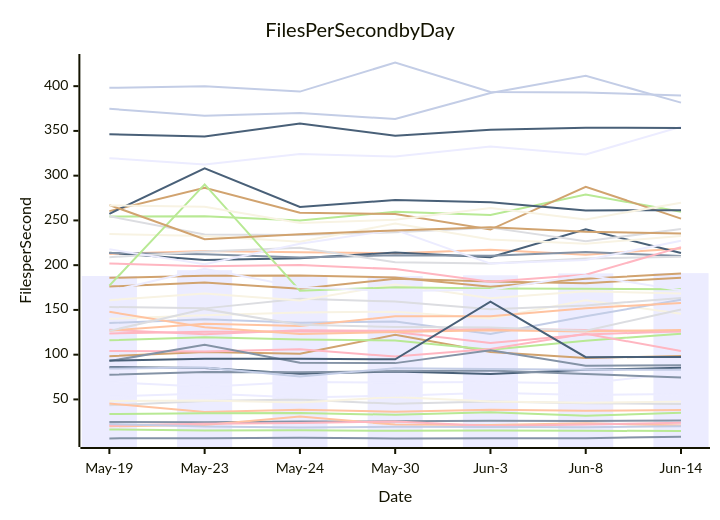
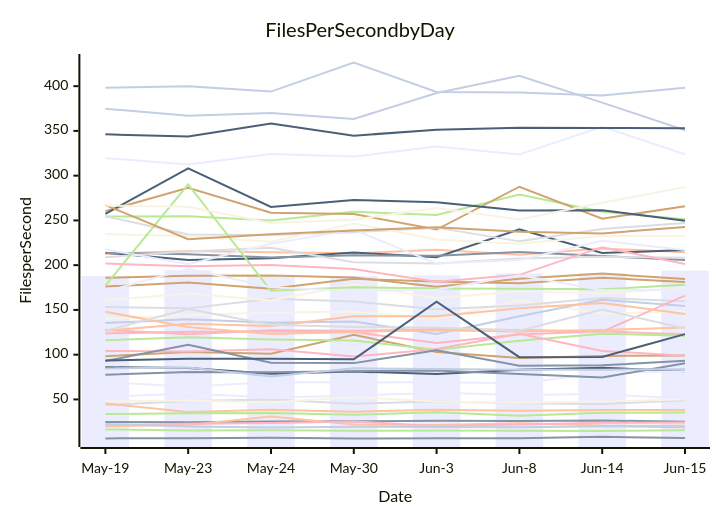
Before and after one commit to streetsidesoftware/cspell: the diagram in perf-report.md, drawn with Mermaid. The commit also changed other lines of this file and 2 other files, not shown here.

````diff
--- a/perf-report.md
+++ b/perf-report.md
@@ -11,57 +11,57 @@
 ```mermaid
 xychart-beta
     title Files Per Second by Day
     y-axis Files per Second
-    x-axis Date [May-19, May-23, May-24, May-30, Jun-3, Jun-8, Jun-14]
-    bar [187.94, 194.38, 187.53, 187.84, 188.70, 190.81, 191.12]
-    line [24.84, 24.48, 25.27, 25.51, 26.21, 25.84, 26.48]
-    line [20.00, 21.53, 30.85, 21.86, 21.33, 23.44, 20.77]
-    line [43.44, 48.37, 49.79, 45.03, 47.69, 45.74, 44.93]
-    line [16.48, 15.39, 15.58, 14.86, 15.18, 15.02, 14.65]
-    line [98.35, 102.96, 100.96, 122.12, 102.88, 96.25, 98.55]
-    line [374.77, 366.83, 370.08, 363.31, 392.45, 411.63, 381.64]
-    line [123.77, 125.73, 125.94, 125.35, 112.95, 122.50, 126.17]
-    line [85.95, 85.08, 78.77, 81.14, 78.40, 83.02, 85.34]
-    line [140.07, 144.01, 147.15, 148.03, 140.54, 160.74, 145.81]
-    line [69.47, 64.25, 69.53, 68.78, 69.37, 67.74, 79.92]
-    line [77.54, 80.59, 80.29, 81.53, 82.29, 78.36, 74.53]
-    line [212.55, 215.84, 214.38, 213.29, 217.13, 211.77, 218.65]
-    line [153.28, 151.73, 162.52, 159.30, 150.77, 155.04, 163.34]
-    line [254.35, 254.61, 250.00, 259.58, 256.09, 278.90, 259.60]
-    line [260.36, 286.42, 258.60, 257.18, 239.81, 287.65, 251.95]
-    line [135.42, 139.50, 135.65, 137.15, 123.09, 142.96, 161.35]
-    line [21.05, 22.73, 23.64, 25.47, 20.39, 21.85, 23.82]
-    line [213.89, 205.67, 207.63, 214.21, 208.82, 240.01, 213.64]
-    line [160.94, 168.26, 160.60, 178.51, 162.97, 170.78, 168.46]
-    line [319.57, 312.48, 324.31, 321.30, 332.58, 323.78, 354.69]
-    line [213.72, 212.23, 208.69, 211.05, 210.52, 214.78, 210.20]
-    line [45.35, 36.07, 38.42, 36.32, 38.54, 37.33, 38.26]
-    line [254.57, 234.26, 233.79, 236.78, 241.94, 226.60, 240.44]
-    line [33.61, 34.69, 34.94, 32.78, 35.79, 31.73, 34.98]
-    line [185.86, 188.16, 188.58, 186.13, 176.02, 184.92, 190.66]
-    line [22.53, 19.87, 18.72, 19.42, 19.15, 19.01, 19.91]
-    line [127.71, 122.71, 127.15, 126.61, 128.67, 127.50, 125.76]
-    line [257.39, 308.24, 265.00, 272.73, 270.27, 261.13, 261.42]
-    line [48.29, 48.86, 46.46, 52.80, 47.62, 46.28, 47.54]
-    line [53.17, 56.48, 52.20, 54.24, 57.32, 54.91, 55.98]
-    line [6.48, 6.70, 7.10, 6.34, 6.74, 6.70, 8.24]
-    line [147.92, 130.77, 123.22, 125.33, 127.25, 125.89, 127.61]
-    line [208.87, 215.23, 219.43, 203.27, 201.99, 207.37, 209.33]
-    line [116.06, 119.43, 116.84, 115.92, 105.51, 115.54, 123.50]
-    line [176.15, 180.59, 173.73, 184.72, 181.71, 179.92, 185.95]
-    line [84.52, 85.73, 75.59, 84.88, 83.99, 83.05, 83.17]
-    line [104.19, 103.43, 105.92, 97.87, 106.45, 123.34, 104.15]
-    line [346.15, 343.69, 358.26, 344.65, 351.41, 353.54, 353.38]
-    line [234.71, 232.57, 226.13, 246.49, 228.60, 224.05, 232.54]
-    line [217.73, 200.96, 223.84, 239.63, 201.75, 205.74, 227.27]
-    line [92.82, 111.10, 90.94, 90.56, 104.84, 87.60, 88.07]
-    line [126.78, 134.48, 131.99, 142.83, 143.00, 151.99, 157.77]
-    line [126.61, 150.87, 133.44, 130.84, 130.22, 126.80, 150.40]
-    line [177.15, 290.28, 171.42, 175.26, 173.98, 173.63, 173.03]
-    line [267.13, 229.05, 234.58, 238.79, 242.50, 237.41, 235.41]
-    line [398.12, 399.78, 393.93, 426.44, 393.52, 392.96, 389.62]
-    line [201.86, 198.76, 200.08, 195.61, 181.39, 189.21, 220.12]
-    line [93.35, 95.34, 95.32, 94.79, 159.13, 97.18, 97.48]
-    line [266.74, 265.26, 247.18, 250.86, 263.73, 251.08, 269.77]
-    line [170.67, 195.94, 175.36, 171.10, 172.66, 188.61, 172.10]
+    x-axis Date [May-19, May-23, May-24, May-30, Jun-3, Jun-8, Jun-14, Jun-15]
+    bar [187.94, 194.38, 187.53, 187.84, 188.70, 190.81, 191.12, 193.90]
+    line [24.84, 24.48, 25.27, 25.51, 26.21, 25.84, 26.48, 25.01]
+    line [20.00, 21.53, 30.85, 21.86, 21.33, 23.44, 20.77, 20.56]
+    line [43.44, 48.37, 49.79, 45.03, 47.69, 45.74, 44.93, 49.08]
+    line [16.48, 15.39, 15.58, 14.86, 15.18, 15.02, 14.65, 15.42]
+    line [98.35, 102.96, 100.96, 122.12, 102.88, 96.25, 98.55, 99.04]
+    line [374.77, 366.83, 370.08, 363.31, 392.45, 411.63, 381.64, 350.78]
+    line [123.77, 125.73, 125.94, 125.35, 112.95, 122.50, 126.17, 122.75]
+    line [85.95, 85.08, 78.77, 81.14, 78.40, 83.02, 85.34, 81.59]
+    line [140.07, 144.01, 147.15, 148.03, 140.54, 160.74, 145.81, 148.34]
+    line [69.47, 64.25, 69.53, 68.78, 69.37, 67.74, 79.92, 81.44]
+    line [77.54, 80.59, 80.29, 81.53, 82.29, 78.36, 74.53, 90.33]
+    line [212.55, 215.84, 214.38, 213.29, 217.13, 211.77, 218.65, 214.39]
+    line [153.28, 151.73, 162.52, 159.30, 150.77, 155.04, 163.34, 159.60]
+    line [254.35, 254.61, 250.00, 259.58, 256.09, 278.90, 259.60, 251.39]
+    line [260.36, 286.42, 258.60, 257.18, 239.81, 287.65, 251.95, 265.72]
+    line [135.42, 139.50, 135.65, 137.15, 123.09, 142.96, 161.35, 154.33]
+    line [21.05, 22.73, 23.64, 25.47, 20.39, 21.85, 23.82, 24.25]
+    line [213.89, 205.67, 207.63, 214.21, 208.82, 240.01, 213.64, 216.83]
+    line [160.94, 168.26, 160.60, 178.51, 162.97, 170.78, 168.46, 174.35]
+    line [319.57, 312.48, 324.31, 321.30, 332.58, 323.78, 354.69, 323.95]
+    line [213.72, 212.23, 208.69, 211.05, 210.52, 214.78, 210.20, 205.78]
+    line [45.35, 36.07, 38.42, 36.32, 38.54, 37.33, 38.26, 38.06]
+    line [254.57, 234.26, 233.79, 236.78, 241.94, 226.60, 240.44, 247.10]
+    line [33.61, 34.69, 34.94, 32.78, 35.79, 31.73, 34.98, 35.43]
+    line [185.86, 188.16, 188.58, 186.13, 176.02, 184.92, 190.66, 184.43]
+    line [22.53, 19.87, 18.72, 19.42, 19.15, 19.01, 19.91, 18.97]
+    line [127.71, 122.71, 127.15, 126.61, 128.67, 127.50, 125.76, 165.92]
+    line [257.39, 308.24, 265.00, 272.73, 270.27, 261.13, 261.42, 249.50]
+    line [48.29, 48.86, 46.46, 52.80, 47.62, 46.28, 47.54, 50.24]
+    line [53.17, 56.48, 52.20, 54.24, 57.32, 54.91, 55.98, 50.73]
+    line [6.48, 6.70, 7.10, 6.34, 6.74, 6.70, 8.24, 6.81]
+    line [147.92, 130.77, 123.22, 125.33, 127.25, 125.89, 127.61, 130.38]
+    line [208.87, 215.23, 219.43, 203.27, 201.99, 207.37, 209.33, 208.22]
+    line [116.06, 119.43, 116.84, 115.92, 105.51, 115.54, 123.50, 121.07]
+    line [176.15, 180.59, 173.73, 184.72, 181.71, 179.92, 185.95, 181.08]
+    line [84.52, 85.73, 75.59, 84.88, 83.99, 83.05, 83.17, 83.60]
+    line [104.19, 103.43, 105.92, 97.87, 106.45, 123.34, 104.15, 98.74]
+    line [346.15, 343.69, 358.26, 344.65, 351.41, 353.54, 353.38, 352.89]
+    line [234.71, 232.57, 226.13, 246.49, 228.60, 224.05, 232.54, 232.69]
+    line [217.73, 200.96, 223.84, 239.63, 201.75, 205.74, 227.27, 217.03]
+    line [92.82, 111.10, 90.94, 90.56, 104.84, 87.60, 88.07, 93.31]
+    line [126.78, 134.48, 131.99, 142.83, 143.00, 151.99, 157.77, 145.55]
+    line [126.61, 150.87, 133.44, 130.84, 130.22, 126.80, 150.40, 129.14]
+    line [177.15, 290.28, 171.42, 175.26, 173.98, 173.63, 173.03, 177.99]
+    line [267.13, 229.05, 234.58, 238.79, 242.50, 237.41, 235.41, 242.68]
+    line [398.12, 399.78, 393.93, 426.44, 393.52, 392.96, 389.62, 398.36]
+    line [201.86, 198.76, 200.08, 195.61, 181.39, 189.21, 220.12, 201.30]
+    line [93.35, 95.34, 95.32, 94.79, 159.13, 97.18, 97.48, 122.92]
+    line [266.74, 265.26, 247.18, 250.86, 263.73, 251.08, 269.77, 287.34]
+    line [170.67, 195.94, 175.36, 171.10, 172.66, 188.61, 172.10, 172.90]
 ```
````
